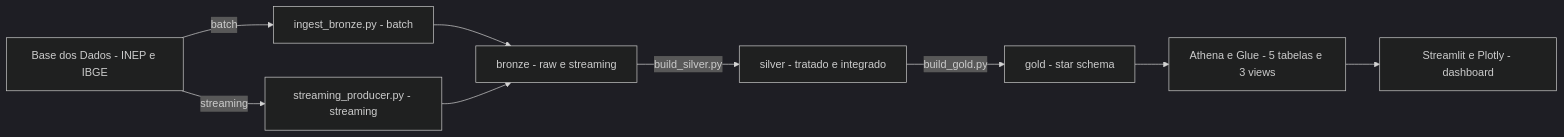
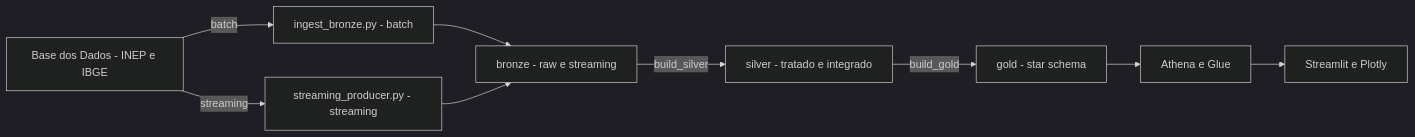
One commit to leonardoaz98/aws-tech-challenge2-fiap changed the diagram in README.md. Above: the diagram before and after it, drawn with Mermaid (dark theme).

Commit message:
fix: corrige sintaxe do mermaid (conexoes uma por linha)

````diff
--- a/README.md
+++ b/README.md
@@ -27,16 +27,19 @@
 ```mermaid
 flowchart LR
     BD["Base dos Dados - INEP e IBGE"]
     B["ingest_bronze.py - batch"]
     S["streaming_producer.py - streaming"]
     BRONZE["bronze - raw e streaming"]
     SILVER["silver - tratado e integrado"]
     GOLD["gold - star schema"]
-    ATHENA["Athena e Glue - 5 tabelas e 3 views"]
-    DASH["Streamlit e Plotly - dashboard"]
-    BD -->|batch| B --> BRONZE
-    BD -->|streaming| S --> BRONZE
-    BRONZE -->|build_silver.py| SILVER
-    SILVER -->|build_gold.py| GOLD
-    GOLD --> ATHENA --> DASH
+    ATHENA["Athena e Glue"]
+    DASH["Streamlit e Plotly"]
+    BD -->|batch| B
+    BD -->|streaming| S
+    B --> BRONZE
+    S --> BRONZE
+    BRONZE -->|build_silver| SILVER
+    SILVER -->|build_gold| GOLD
+    GOLD --> ATHENA
+    ATHENA --> DASH
 ```
````
